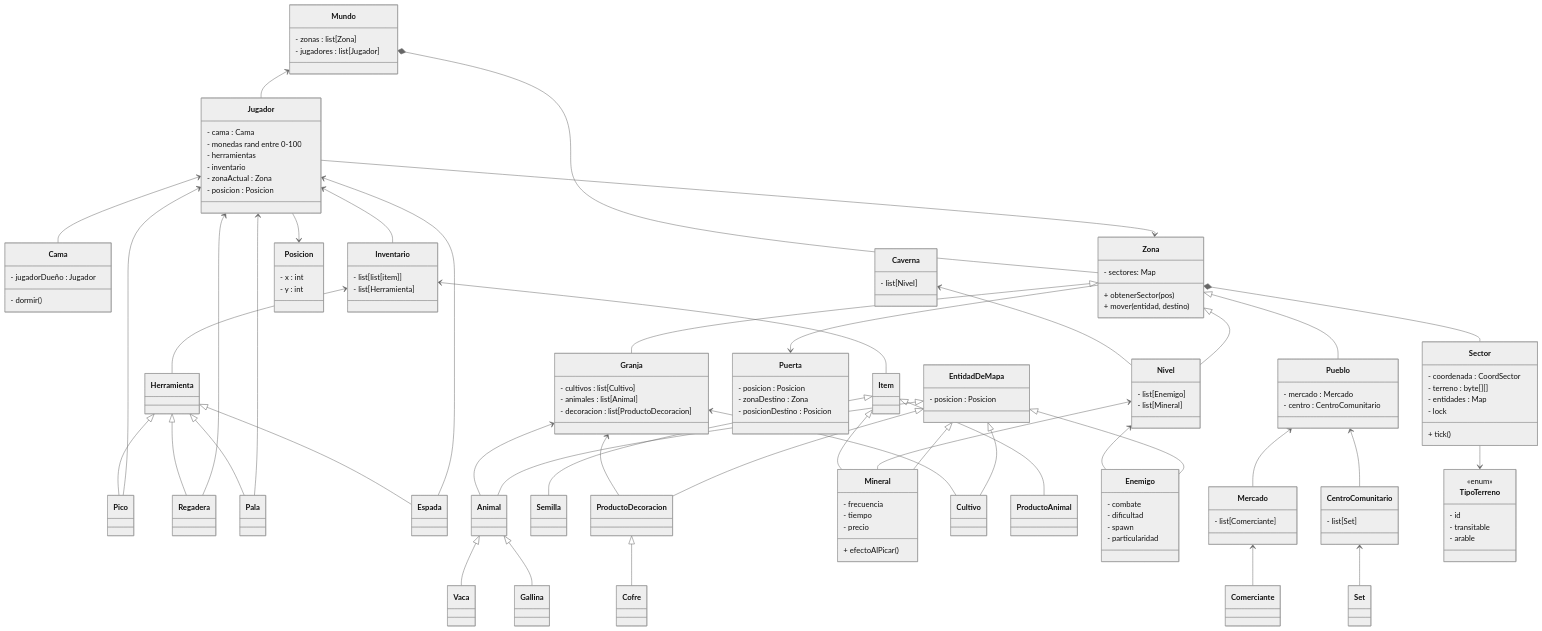
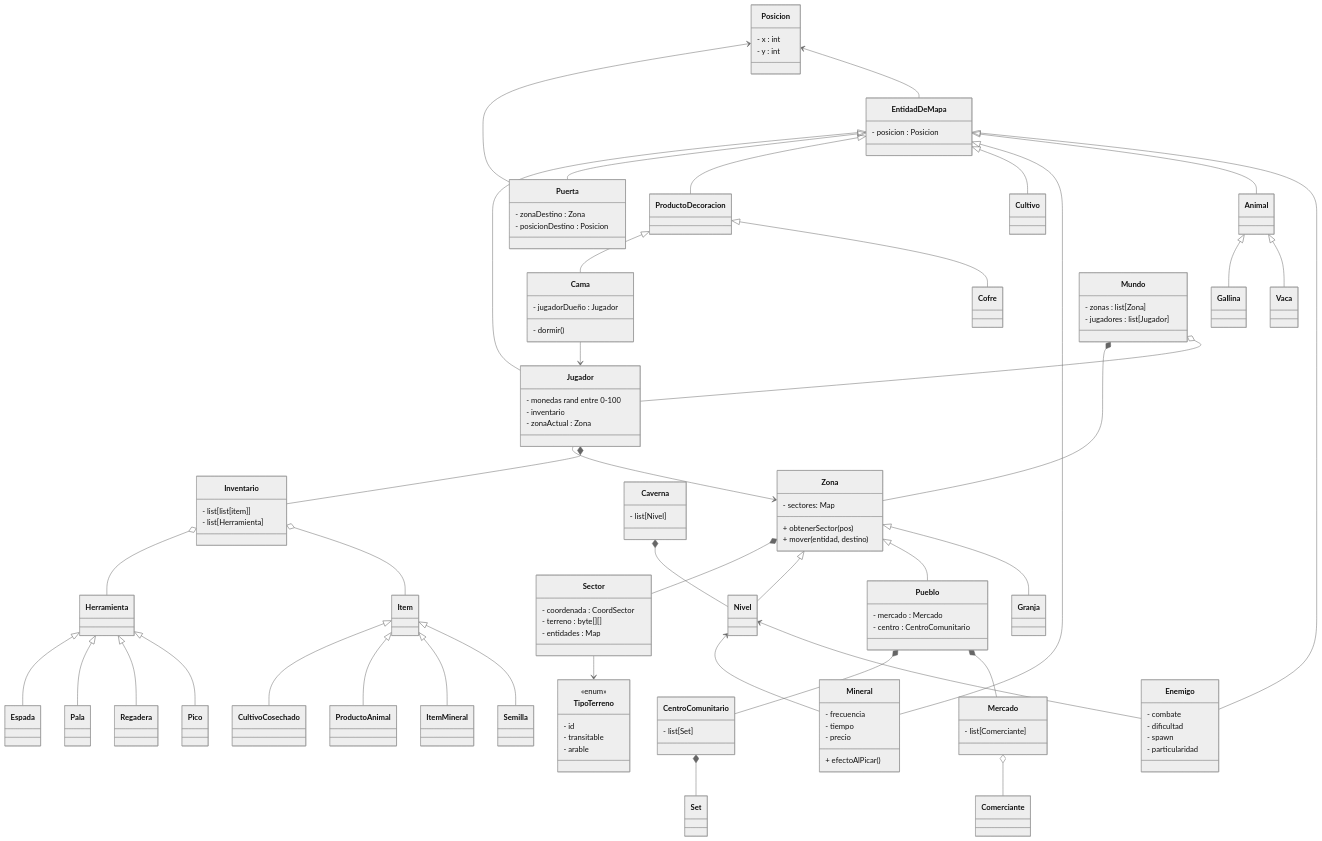
The diagram in docs/diagrama.md (Nahuelfranco12/TP-TALLER-DE-PROGRAMACION-G9-2C26), drawn with Mermaid (neutral theme) before and after one commit.

Commit message:
chore: cambios en el diagrama
Minerales: ItemMineral es el que se guarda en el invertario. Mineral es el que se encuentra en la caverna y se puede picar.
Cultivos: Semilla va en el inventario, una vez que se coloca en la granja pasa a ser Cultivo. CultivoCosechado es un item del inventario una vez se cosecho por completo.

````diff
--- a/docs/diagrama.md
+++ b/docs/diagrama.md
@@ -3,12 +3,9 @@
 ```mermaid
 classDiagram
 class Jugador{
-    - cama : Cama
     - monedas rand entre 0-100
-    - herramientas
     - inventario
     - zonaActual : Zona
-    - posicion : Posicion
 }
 
 class Herramienta {}
@@ -23,66 +20,48 @@
 Herramienta <|-- Pala
 Herramienta <|-- Espada
 
-Jugador <-- Pico
-Jugador <-- Regadera
-Jugador <-- Pala
-Jugador <-- Espada
+class Item {}
 
+class Animal {}
+
+class Vaca {}
+
+class Gallina {}
+
+Animal <|-- Vaca
+Animal <|-- Gallina
+
+class Semilla {}
+Item <|-- Semilla
+
+class ProductoDecoracion {}
+class Cofre {}
 class Cama {
     - jugadorDueño : Jugador
 
     - dormir()
 }
+ProductoDecoracion <|-- Cofre
+ProductoDecoracion <|-- Cama
+Cama --> Jugador
 
-Jugador <-- Cama
-
-class Item {
-
-}
-
-class Animal {
-
-}
-
-class Vaca {
-}
-
-class Gallina {
-}
-
-Animal <|-- Vaca
-Animal <|-- Gallina
-
-class Semilla {
-}
-
-class ProductoDecoracion {
-
-}
-
-class Cofre {}
-
-ProductoDecoracion <|-- Cofre
-
-class Mineral {}
+class ItemMineral {}
 
 class Cultivo {}
+class CultivoCosechado {}
 
 class ProductoAnimal {}
-
-Item <|-- Semilla
-Item <|-- Mineral
+Item <|-- ItemMineral
 Item <|-- ProductoAnimal
+Item <|-- CultivoCosechado
 
 class Inventario {
     - list[list[item]]
     - list[Herramienta]
 }
-
-Inventario <-- Item
-Inventario <-- Herramienta
-
-Jugador <-- Inventario
+Inventario o-- Item
+Inventario o-- Herramienta
+Jugador *-- Inventario
 
 %% Revisar patron builder para Mineral y Enemigo
 class Mineral {
@@ -105,32 +84,18 @@
 
 }
 
-class Nivel {
-    - list[Enemigo]
-    - list[Mineral]
+class Nivel {}
 
-}
-
-Caverna <-- Nivel
+Caverna *-- Nivel
 
 Nivel <-- Enemigo
 Nivel <-- Mineral
 
-class Granja {
-    - cultivos : list[Cultivo]
-    - animales : list[Animal]
-    - decoracion : list[ProductoDecoracion]
-}
-
-Granja <-- Cultivo
-Granja <-- Animal
-Granja <-- ProductoDecoracion
+class Granja {}
 
 class Pueblo {
     - mercado : Mercado
     - centro : CentroComunitario
-
-
 }
 
 class Mercado {
@@ -144,22 +109,21 @@
 
 class Set {}
 
-CentroComunitario <-- Set
+CentroComunitario *-- Set
 
 %% Marnie, Clint, Pierre, Robin
 class Comerciante {}
 
-Pueblo <-- Mercado
-Pueblo <-- CentroComunitario
+Pueblo *-- Mercado
+Pueblo *-- CentroComunitario
 
-Mercado <-- Comerciante
+Mercado o-- Comerciante
 
 class Mundo {
     - zonas : list[Zona]
-
     - jugadores : list[Jugador]
-
 }
+Mundo o-- Jugador
 
 class Zona {
     - sectores: Map<CoordSector, Sector>
@@ -167,16 +131,20 @@
     + obtenerSector(pos)
     + mover(entidad, destino)
 }
+Mundo *-- Zona
+Zona <|-- Granja
+Zona <|-- Pueblo
+Zona <|-- Nivel
+Jugador --> Zona
 
 class Sector {
     - coordenada : CoordSector
     - terreno : byte[][]
     - entidades : Map<Posicion, EntidadDeMapa>
-    - lock
+    %% - lock
 
-    + tick()
+    %% + tick()
 }
-
 Zona *-- Sector
 
 class TipoTerreno {
@@ -185,38 +153,29 @@
     - transitable
     - arable
 }
+Sector --> TipoTerreno
 
 class Posicion {
     - x : int
     - y : int
 }
 
-Sector --> TipoTerreno
-
-Mundo *-- Zona
-Mundo <-- Jugador
-
-Zona <|-- Granja
-Zona <|-- Pueblo
-Zona <|-- Nivel
-
-Jugador --> Posicion
-Jugador --> Zona
-
 class Puerta {
-    - posicion : Posicion
     - zonaDestino : Zona
     - posicionDestino : Posicion
 }
-Zona --> Puerta
 
 class EntidadDeMapa {
     - posicion : Posicion
 }
+Posicion <-- EntidadDeMapa
+Posicion <-- Puerta
 
 EntidadDeMapa <|-- Enemigo
 EntidadDeMapa <|-- Animal
 EntidadDeMapa <|-- Mineral
 EntidadDeMapa <|-- Cultivo
 EntidadDeMapa <|-- ProductoDecoracion
+EntidadDeMapa <|-- Puerta
+EntidadDeMapa <|-- Jugador
 ```
````
